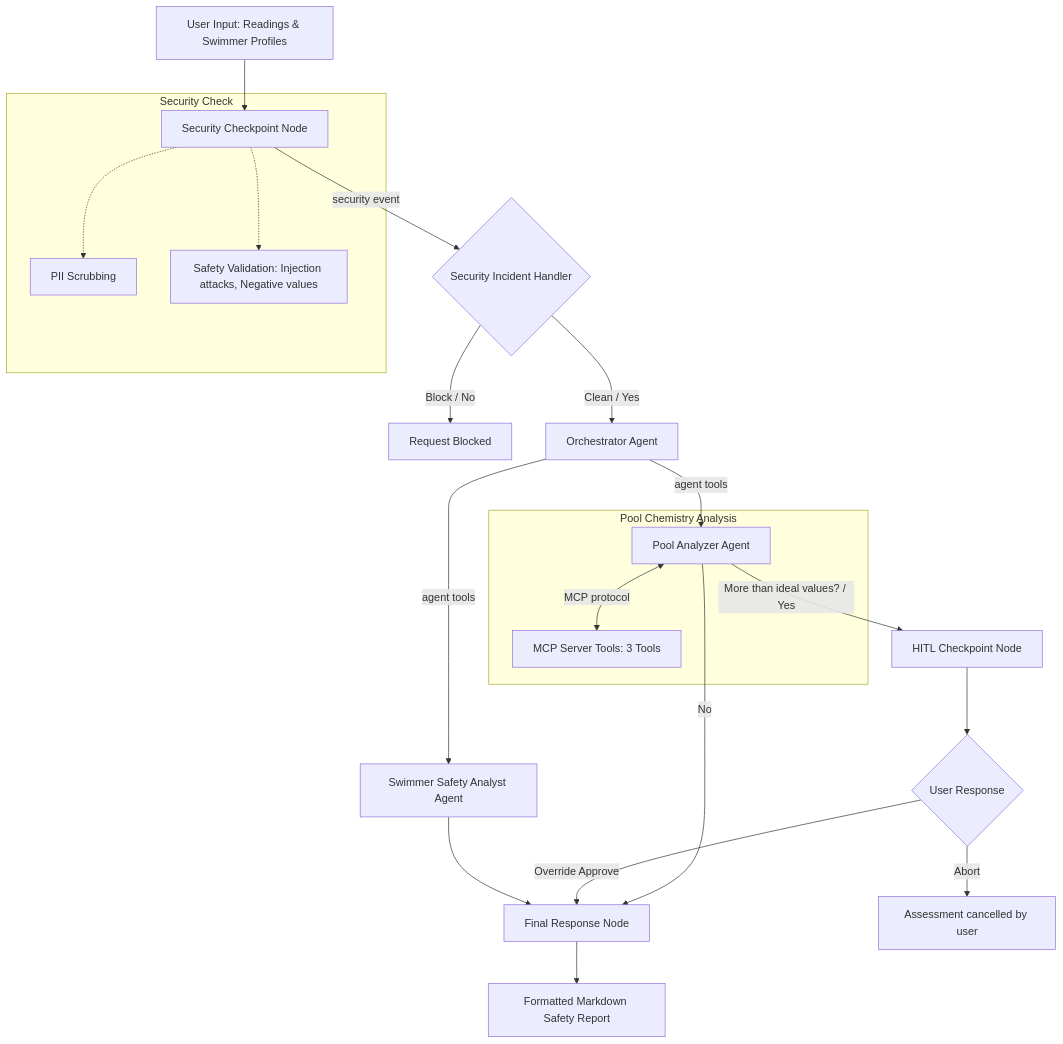
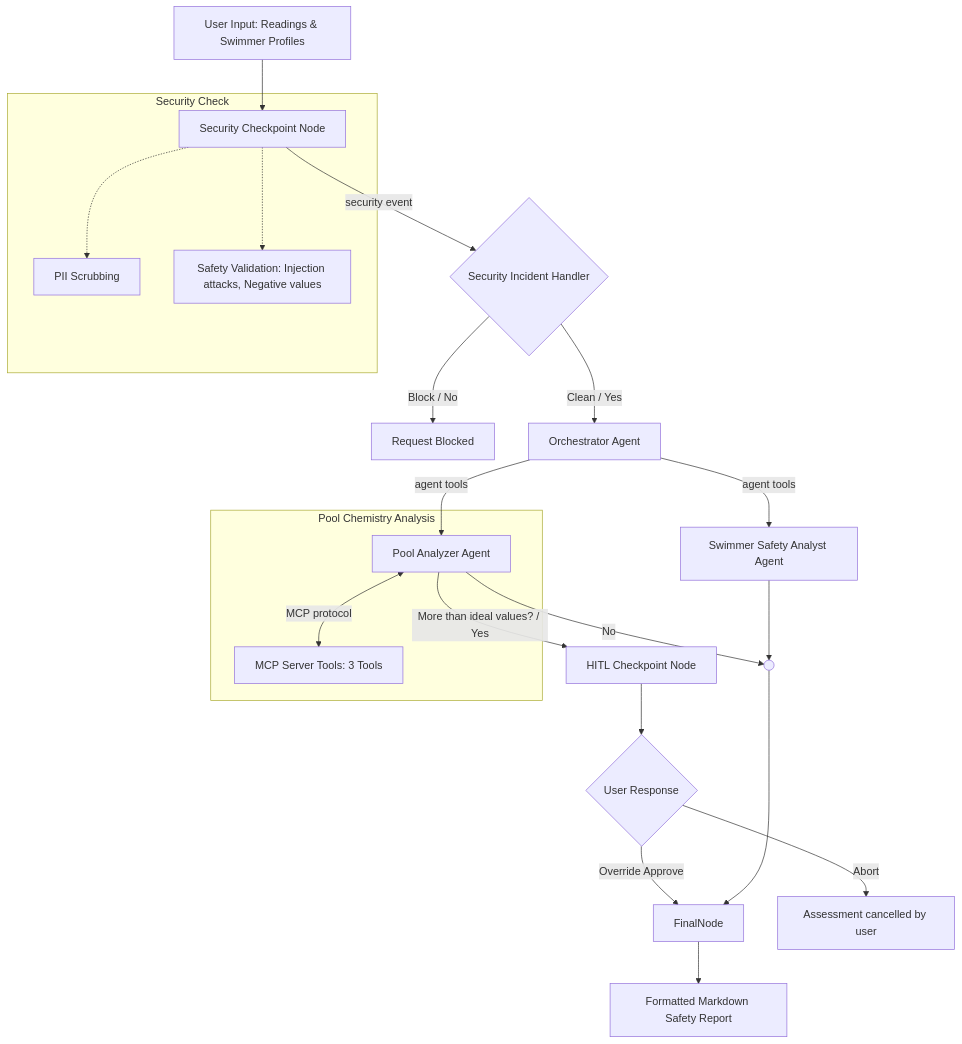
Before and after one commit to sowmyaguda/pool-sense: the diagram in README.md, drawn with Mermaid.

Commit message:
Merge pool analyzer normal path and swimmer safety path before final response node

````diff
--- a/README.md
+++ b/README.md
@@ -51,36 +51,37 @@
 ```mermaid
 graph TD
     START[User Input: Readings & Swimmer Profiles] --> SecCheck[Security Checkpoint Node]
     
     subgraph Security Check
         SecCheck
         PII[PII Scrubbing]
         Val[Safety Validation: Injection attacks, Negative values]
         SecCheck -.-> PII
         SecCheck -.-> Val
     end
 
     SecCheck -->|security event| SecHandler{Security Incident Handler}
     SecHandler -->|Block / No| Blocked[Request Blocked]
     SecHandler -->|Clean / Yes| Orch[Orchestrator Agent]
     
     Orch -->|agent tools| PoolAna
     Orch -->|agent tools| SwimAna[Swimmer Safety Analyst Agent]
     
     subgraph Pool Chemistry Analysis
         PoolAna[Pool Analyzer Agent]
         MCPServer[MCP Server Tools: 3 Tools]
         PoolAna <-->|MCP protocol| MCPServer
     end
     
     PoolAna -->|More than ideal values? / Yes| HITL[HITL Checkpoint Node]
-    PoolAna -->|No| FinalNode[Final Response Node]
+    PoolAna -->|No| Join(( ))
+    SwimAna --> Join
     
     HITL --> UserConfirm{User Response}
     UserConfirm -->|Override Approve| FinalNode
     UserConfirm -->|Abort| Cancelled[Assessment cancelled by user]
     
-    SwimAna --> FinalNode
+    Join --> FinalNode
     
     FinalNode --> Output[Formatted Markdown Safety Report]
 ```
````
